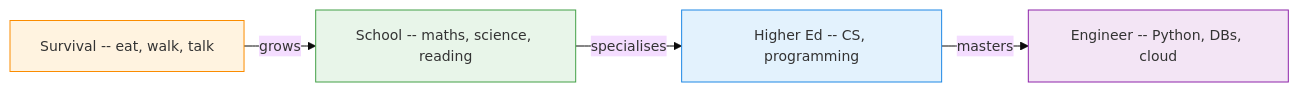
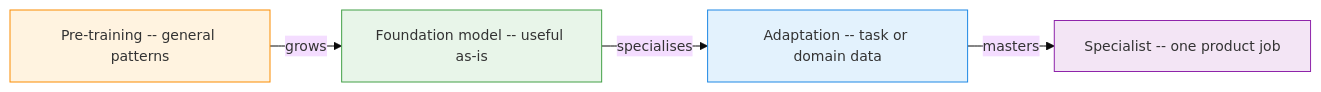
Before and after one commit to vijaykumarjob0701/theintelliwise: the first of 12 diagrams in _posts/2026-09-19-peft-lora-qlora-guide.md, drawn with Mermaid. The commit also changed other lines of this file and 7 other files, not shown here.

````diff
--- a/_posts/2026-09-19-peft-lora-qlora-guide.md
+++ b/_posts/2026-09-19-peft-lora-qlora-guide.md
@@ -87,15 +83,15 @@
 ```mermaid
 %%{init: {"theme": "base", "themeVariables": {"fontSize": "14px"}, "flowchart": {"nodeSpacing": 20, "rankSpacing": 30}}}%%
 flowchart LR
-    A["Survival -- eat, walk, talk"]
-    B["School -- maths, science, reading"]
-    C["Higher Ed -- CS, programming"]
-    D["Engineer -- Python, DBs, cloud"]
+    A["Pre-training -- general patterns"]
+    B["Foundation model -- useful as-is"]
+    C["Adaptation -- task or domain data"]
+    D["Specialist -- one product job"]
 
     A -->|grows| B -->|specialises| C -->|masters| D
 
     style A fill:#FFF3E0,stroke:#FB8C00,color:#333
     style B fill:#E8F5E9,stroke:#43A047,color:#333
     style C fill:#E3F2FD,stroke:#1E88E5,color:#333
     style D fill:#F3E5F5,stroke:#8E24AA,color:#333
 ```
````
